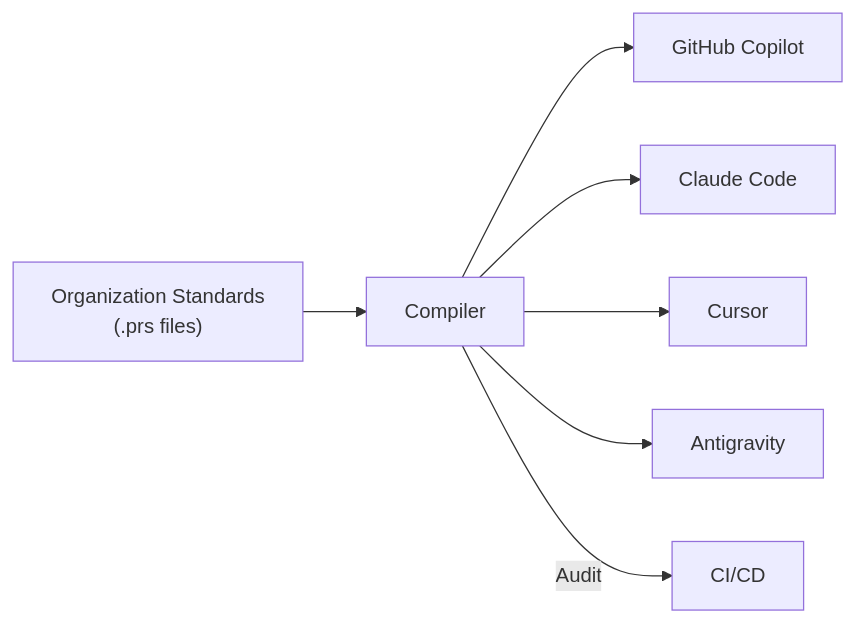
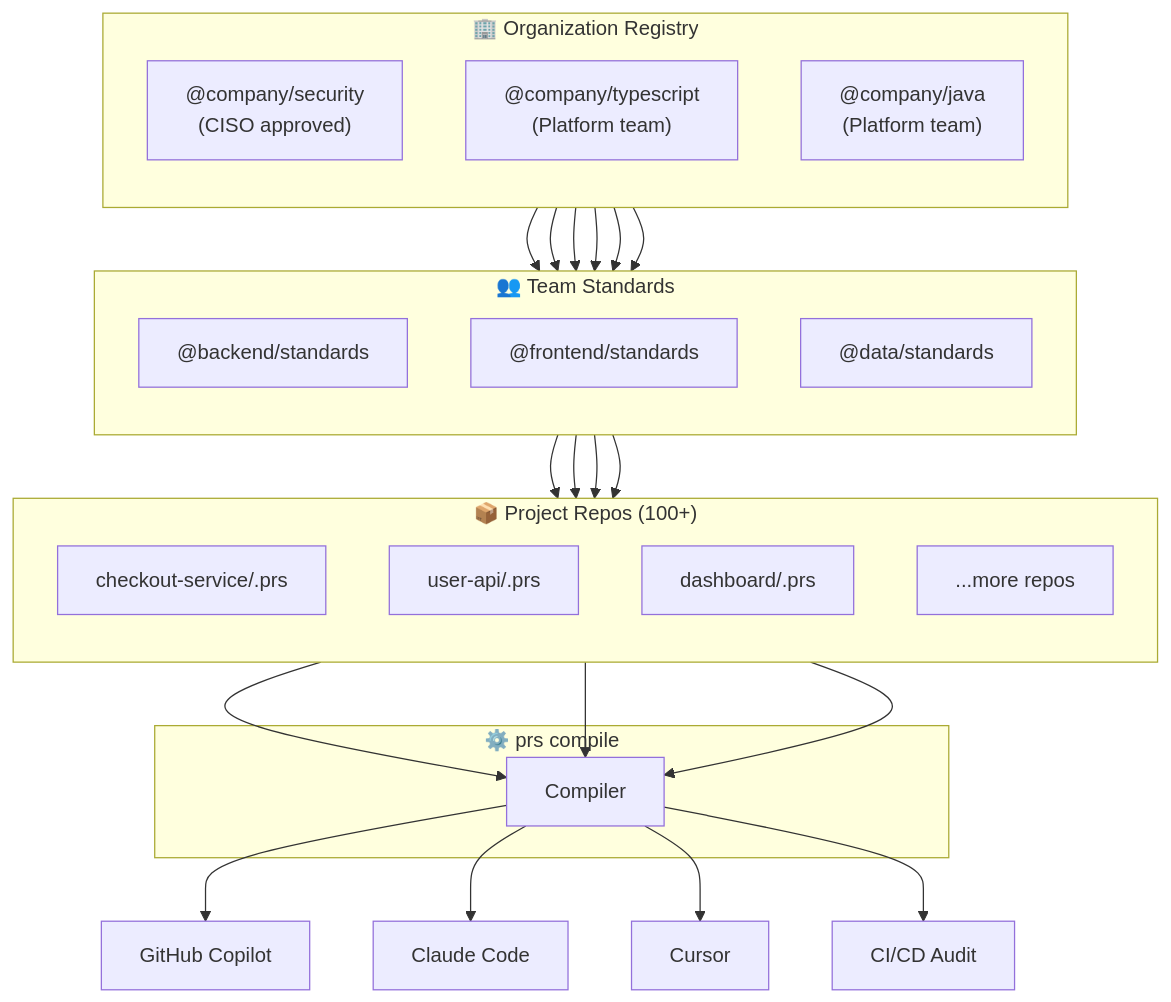
Before and after one commit to mrwogu/promptscript: the diagram in README.md, drawn with Mermaid. The commit also changed 2 other files, not shown here.

Commit message:
docs: expand architecture diagram to show inheritance hierarchy
Show organizational structure with multiple registry levels:
- Organization registry (CISO, Platform team standards)
- Team standards (Backend, Frontend, Data)
- Project repos (100+) that inherit from teams
- Compilation to multiple AI tools

````diff
--- a/README.md
+++ b/README.md
@@ -40,9 +40,43 @@
 ```mermaid
-flowchart LR
-    Central["Organization Standards<br/>(.prs files)"] --> Compiler
+flowchart TB
+    subgraph org["🏢 Organization Registry"]
+        direction TB
+        OrgSec["@company/security<br/>(CISO approved)"]
+        OrgTS["@company/typescript<br/>(Platform team)"]
+        OrgJava["@company/java<br/>(Platform team)"]
+    end
+
+    subgraph teams["👥 Team Standards"]
+        direction TB
+        Backend["@backend/standards"]
+        Frontend["@frontend/standards"]
+        Data["@data/standards"]
+    end
+
+    subgraph projects["📦 Project Repos (100+)"]
+        direction TB
+        P1["checkout-service/.prs"]
+        P2["user-api/.prs"]
+        P3["dashboard/.prs"]
+        Pn["...more repos"]
+    end
+
+    OrgSec --> Backend & Frontend & Data
+    OrgTS --> Backend & Frontend
+    OrgJava --> Data
+
+    Backend --> P1 & P2
+    Frontend --> P3
+    Data --> Pn
+
+    subgraph compile["⚙️ prs compile"]
+        Compiler
+    end
+
+    P1 & P2 & P3 --> Compiler
+
     Compiler --> Copilot["GitHub Copilot"]
     Compiler --> Claude["Claude Code"]
     Compiler --> Cursor["Cursor"]
-    Compiler --> Antigravity["Antigravity"]
-    Compiler -->|Audit| CI["CI/CD"]
+    Compiler --> CI["CI/CD Audit"]
 ```
````
